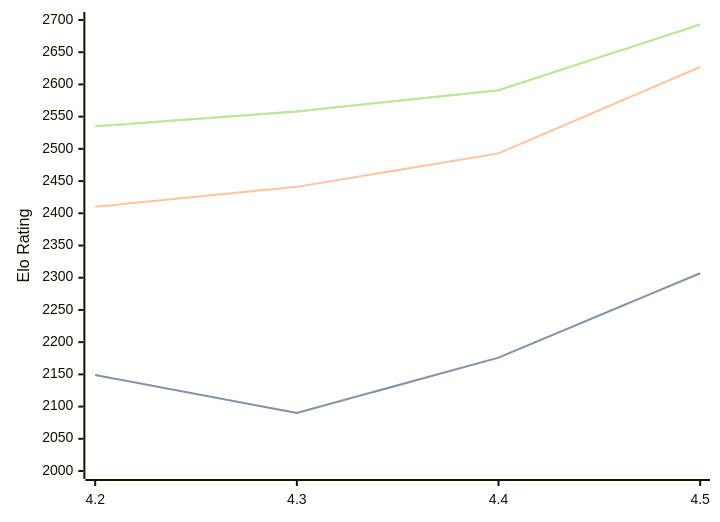
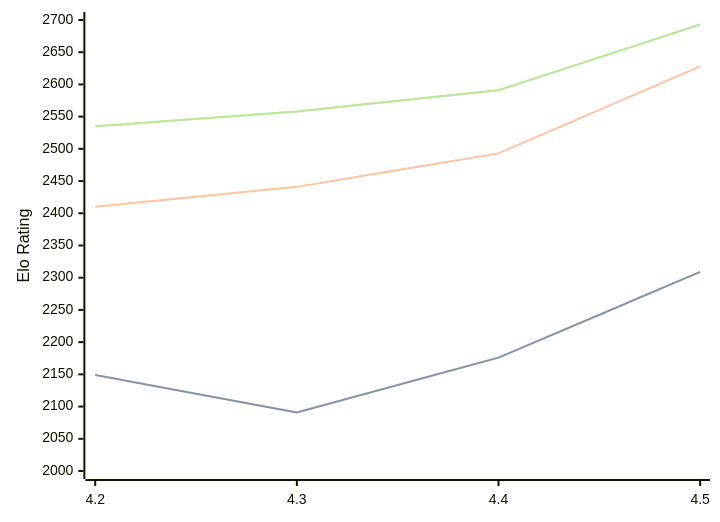
The diagram in engines/Eubos.md (computer-chess-index/cci), drawn with Mermaid before and after one commit. The commit also changed other lines of this file, not shown here.

````diff
--- a/engines/Eubos.md
+++ b/engines/Eubos.md
@@ -34,11 +34,11 @@
 ```mermaid
 %%{init: {"theme":"base","themeVariables":{"seriesColors:['#a3a3a3','#222221','#faa371']}}}%%
 xychart-beta
   x-axis ["4.2", "4.3", "4.4", "4.5"]
   y-axis "Elo Rating" 2000 --> 2700
-  line "STC (8.0+0.08s)" [2149, 2090, 2176, 2307]
-  line "STC (8.0+0.08s)" [2149, 2090, 2176, 2307]
-  line "LTC (60.0+0.60s)" [2410, 2441, 2493, 2627]
+  line "STC (8.0+0.08s)" [2149, 2091, 2176, 2309]
+  line "STC (8.0+0.08s)" [2149, 2091, 2176, 2309]
+  line "LTC (60.0+0.60s)" [2410, 2441, 2493, 2628]
   line "VLTC (2m24s+1.12s)" [2535, 2558, 2591, 2693]
   line "VLTC (2m24s+1.12s)" [2535, 2558, 2591, 2693]
 ```
````
